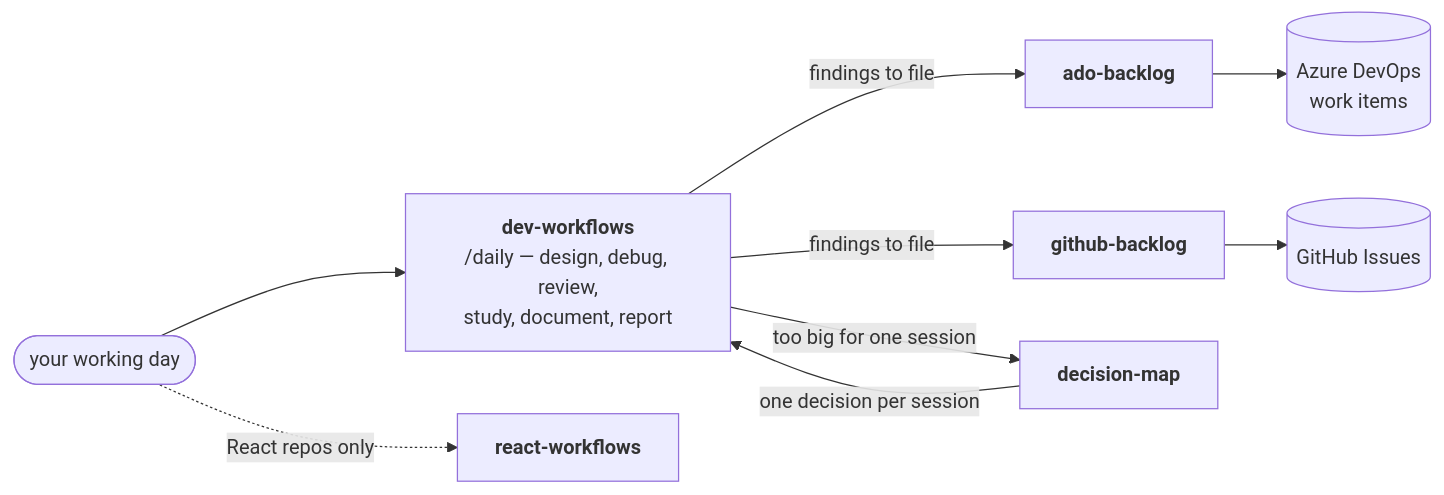
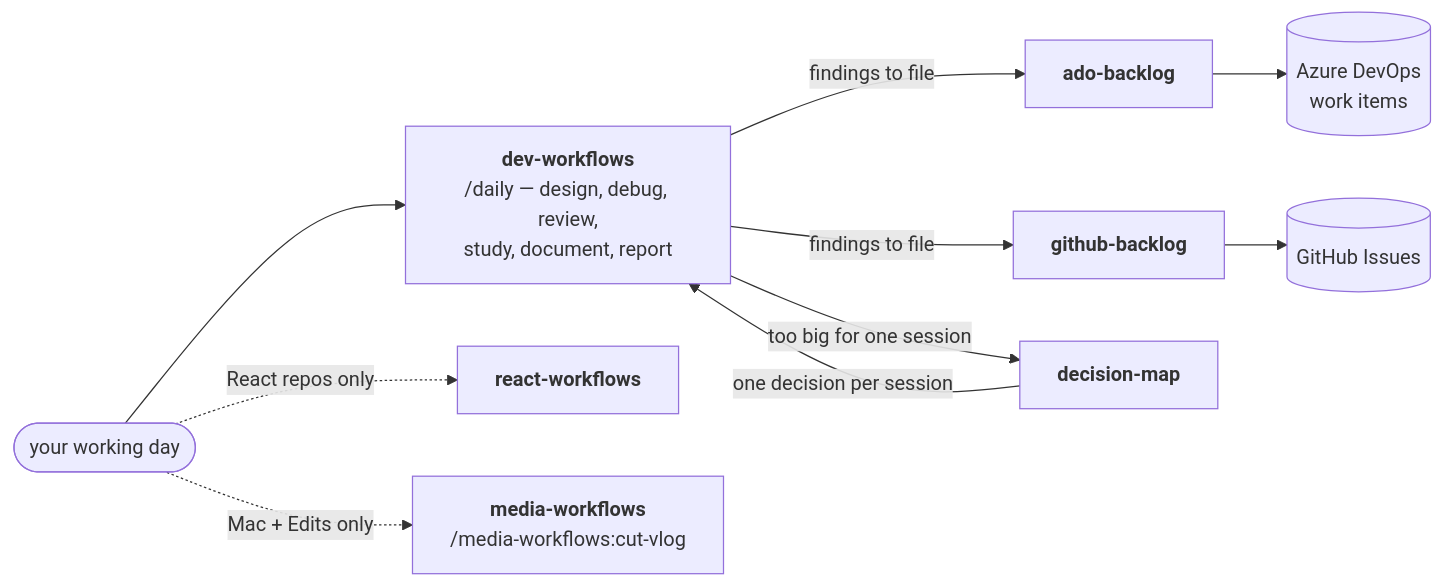
Before and after one commit to ThodsaphonSonthiphin/workflow-daily-work: the diagram in README.md, drawn with Mermaid. The commit also changed other lines of this file and 56 other files, not shown here.

First line of the commit message:
feat(media-workflows): cut-vlog - a day's footage cut into a vlog in Edits on a Mac, on the beat (ADRs 0290-0313)

````diff
--- a/README.md
+++ b/README.md
@@ -14,13 +14,14 @@
 ```mermaid
 flowchart LR
     DAY(["your working day"]) --> DW["<b>dev-workflows</b><br/>/daily — design, debug, review,<br/>study, document, report"]
 
     DW -->|"findings to file"| ADO["<b>ado-backlog</b>"]
     DW -->|"findings to file"| GHB["<b>github-backlog</b>"]
     DW -->|"too big for one session"| DM["<b>decision-map</b>"]
     DAY -.->|"React repos only"| RW["<b>react-workflows</b>"]
+    DAY -.->|"Mac + Edits only"| MW["<b>media-workflows</b><br/>/media-workflows:cut-vlog"]
 
     ADO --> BOARD[("Azure DevOps<br/>work items")]
     GHB --> ISSUES[("GitHub Issues")]
     DM -->|"one decision per session"| DW
 ```
````
